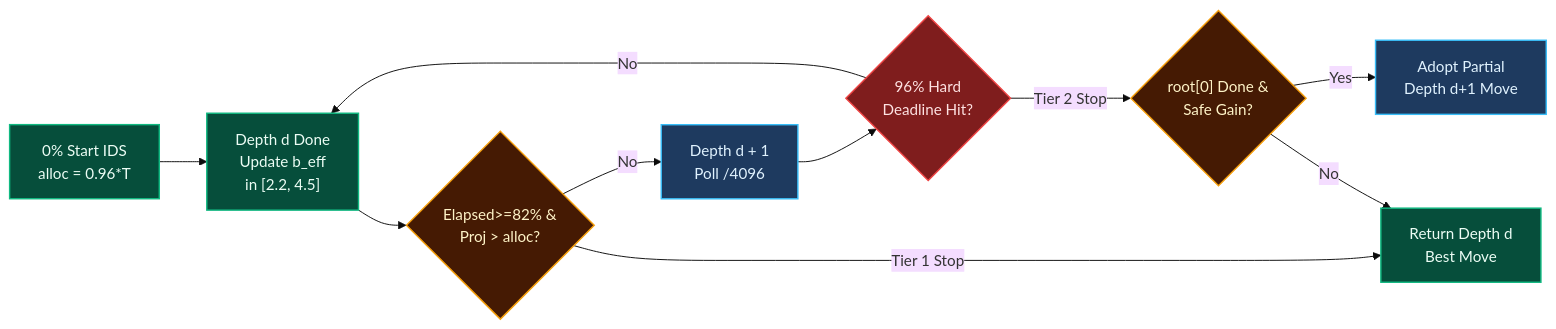
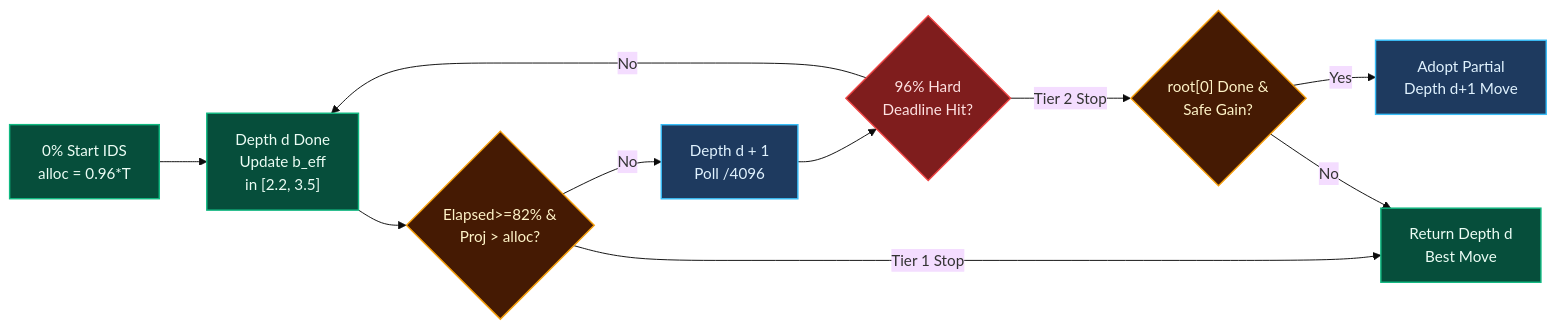
Before and after one commit to MercuryDCD/Tablut-FundamentalsAIMASTER: the second of 2 diagrams in docs/wiki/07-Protocol-CLI-and-Execution.md, drawn with Mermaid (base theme). The commit also changed other lines of this file and 10 other files, not shown here.

````diff
--- a/docs/wiki/07-Protocol-CLI-and-Execution.md
+++ b/docs/wiki/07-Protocol-CLI-and-Execution.md
@@ -125,22 +125,22 @@
 ```mermaid
 ---
 config:
   flowchart:
     wrappingWidth: 600
 ---
 flowchart LR
     classDef ok fill:#064e3b,stroke:#10b981,color:#ecfdf5,stroke-width:1.5px
     classDef warn fill:#451a03,stroke:#f59e0b,color:#fef3c7,stroke-width:1.5px
     classDef stop fill:#7f1d1d,stroke:#ef4444,color:#fee2e2,stroke-width:1.5px
     classDef adopt fill:#1e3a5f,stroke:#38bdf8,color:#e0f2fe,stroke-width:1.5px
 
-    Start["0% Start IDS\nalloc = 0.96*T"]:::ok --> Mid["Depth d Done\nUpdate b_eff\nin [2.2, 4.5]"]:::ok
+    Start["0% Start IDS\nalloc = 0.96*T"]:::ok --> Mid["Depth d Done\nUpdate b_eff\nin [2.2, 3.5]"]:::ok
     Mid --> Soft{"Elapsed>=82% &\nProj > alloc?"}:::warn
     Soft -- "No" --> NextD["Depth d + 1\nPoll /4096"]:::adopt
     Soft -- "Tier 1 Stop" --> ReturnPrev["Return Depth d\nBest Move"]:::ok
     NextD --> Hard{"96% Hard\nDeadline Hit?"}:::stop
     Hard -- "No" --> Mid
     Hard -- "Tier 2 Stop" --> Partial{"root[0] Done &\nSafe Gain?"}:::warn
     Partial -- "Yes" --> ReturnPartial["Adopt Partial\nDepth d+1 Move"]:::adopt
     Partial -- "No" --> ReturnPrev
 ```
````
